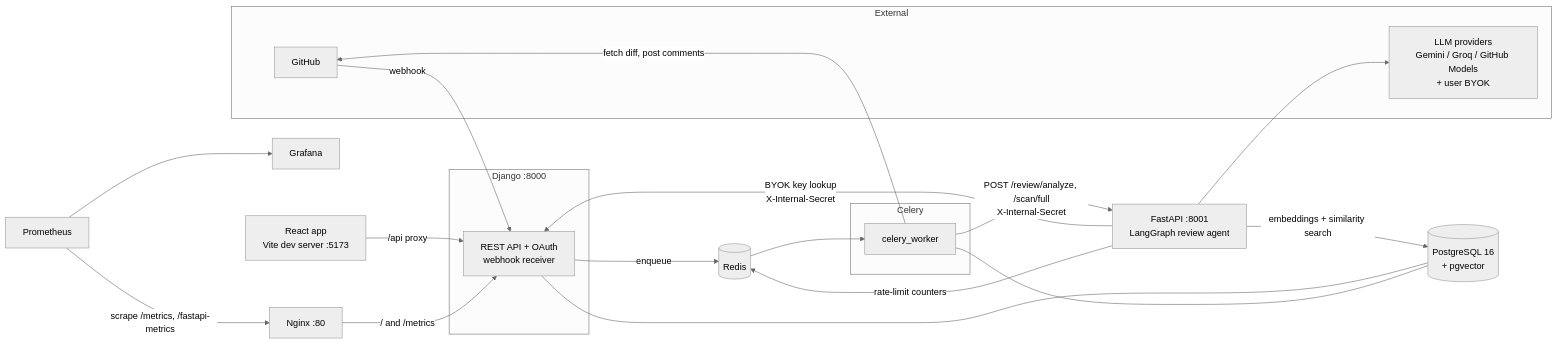
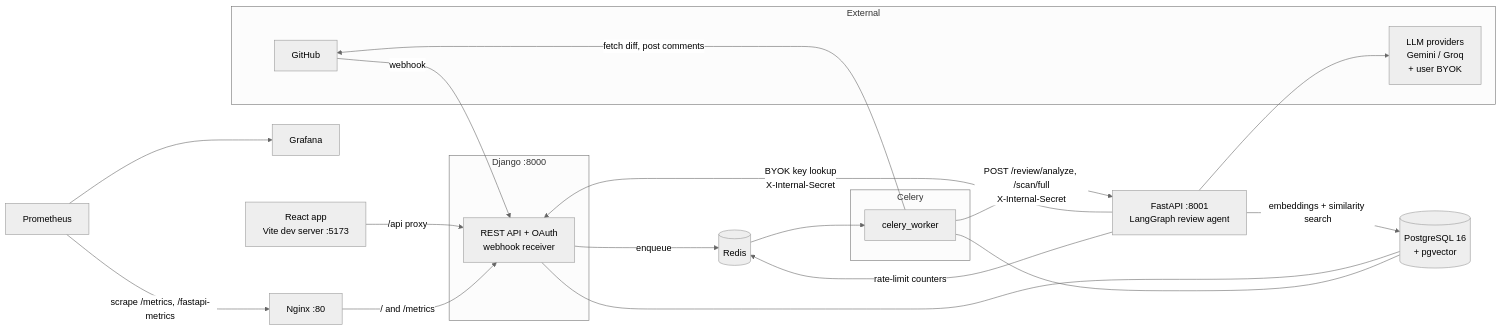
One commit to muhammedsiinanmp/Devmind changed the second of 2 diagrams in README.md. Above: the diagram before and after it, drawn with Mermaid (neutral theme). The commit also changed other lines of this file and 3 other files, not shown here.

Commit message:
Document GitHub Models removal

````diff
--- a/README.md
+++ b/README.md
@@ -37,39 +37,39 @@
 ```mermaid
 flowchart LR
     subgraph External
         GH["GitHub"]
-        LLM["LLM providers<br/>Gemini / Groq / GitHub Models<br/>+ user BYOK"]
+        LLM["LLM providers<br/>Gemini / Groq<br/>+ user BYOK"]
     end
 
     FE["React app<br/>Vite dev server :5173"]
     NGX["Nginx :80"]
 
     subgraph Django["Django :8000"]
         API["REST API + OAuth<br/>webhook receiver"]
     end
 
     subgraph Workers["Celery"]
         CW["celery_worker"]
     end
 
     FA["FastAPI :8001<br/>LangGraph review agent"]
 
     PG[("PostgreSQL 16<br/>+ pgvector")]
     RD[("Redis")]
     PR["Prometheus"] --> GR["Grafana"]
 
     FE -->|"/api proxy"| API
     GH -->|"webhook"| API
     NGX -->|"/ and /metrics"| API
     API -->|"enqueue"| RD
     RD --> CW
     CW -->|"fetch diff, post comments"| GH
     CW -->|"POST /review/analyze, /scan/full<br/>X-Internal-Secret"| FA
     FA -->|"BYOK key lookup<br/>X-Internal-Secret"| API
     FA --> LLM
     FA -->|"embeddings + similarity search"| PG
     FA -->|"rate-limit counters"| RD
     API --- PG
     CW --- PG
     PR -->|"scrape /metrics, /fastapi-metrics"| NGX
 ```
````
